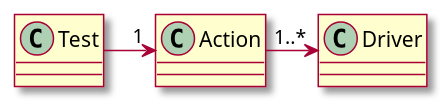
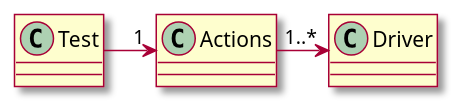
One commit to Xiphereal/FlowTaskManagement changed the diagram in Desktop.Tests/e2e/e2eArchitecture.puml. Above: the diagram before and after it, drawn with PlantUML. The commit also changed 1 other file, not shown here.

Commit message:
docs(e2e): clarify and explain the architecture

```diff
--- a/Desktop.Tests/e2e/e2eArchitecture.puml
+++ b/Desktop.Tests/e2e/e2eArchitecture.puml
@@ -1,8 +1,8 @@
 @startuml
 'https://plantuml.com/class-diagram
 skin rose
 
-Test -> "1" Action
-Action -> "1..*" Driver
+Test -> "1" Actions
+Actions -> "1..*" Driver
 
 @enduml
```
